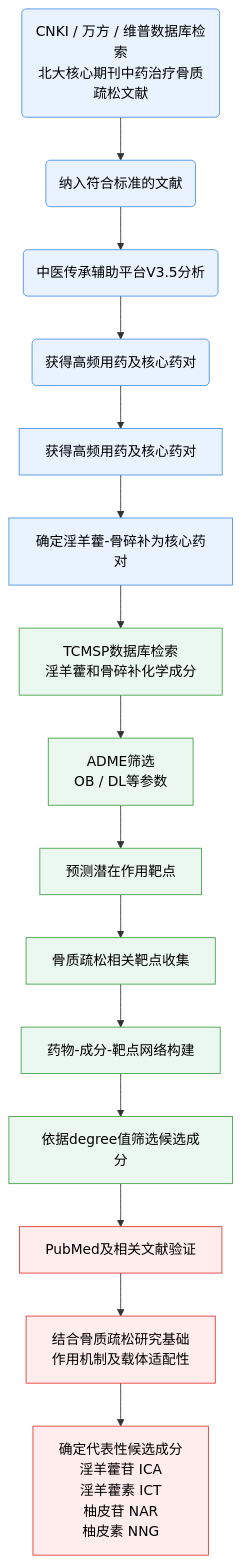
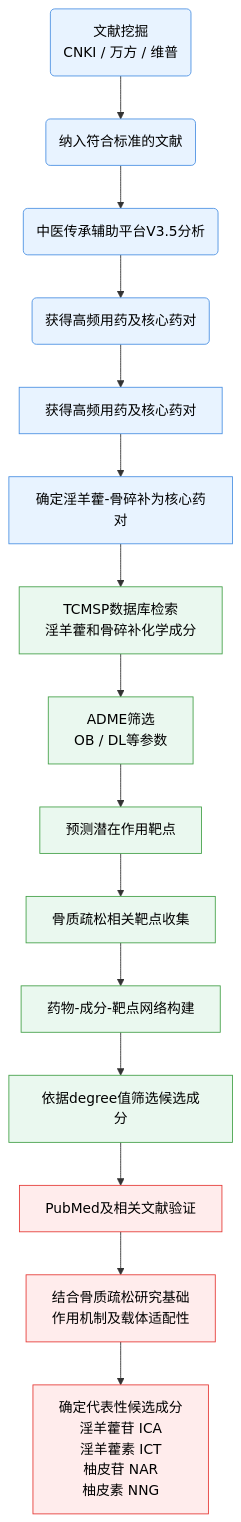
Before and after one commit to Yaotian99/iodraw-files: the diagram in all/未命名-1.md, drawn with Mermaid.

Commit message:
2026-06-24 08:57:20 update

````diff
--- a/all/未命名-1.md
+++ b/all/未命名-1.md
@@ -1,29 +1,29 @@
 ```mermaid
 graph TD
 
-A1(CNKI / 万方 / 维普数据库检索<br/>北大核心期刊中药治疗骨质疏松文献) --> A2(纳入符合标准的文献)
+A1(文献挖掘<br/>CNKI / 万方 / 维普) --> A2(纳入符合标准的文献)
 A2 --> A3(中医传承辅助平台V3.5分析)
 A3 --> A4(获得高频用药及核心药对)
 A4 --> A5[获得高频用药及核心药对]
 A5 --> A6[确定淫羊藿-骨碎补为核心药对]
 
 A6 --> B1[TCMSP数据库检索<br/>淫羊藿和骨碎补化学成分]
 B1 --> B2[ADME筛选<br/>OB / DL等参数]
 B2 --> B3[预测潜在作用靶点]
 B3 --> B4[骨质疏松相关靶点收集]
 B4 --> B5[药物-成分-靶点网络构建]
 B5 --> B6[依据degree值筛选候选成分]
 
 B6 --> C1[PubMed及相关文献验证]
 C1 --> C2[结合骨质疏松研究基础<br/>作用机制及载体适配性]
 C2 --> C3[确定代表性候选成分<br/>淫羊藿苷 ICA<br/>淫羊藿素 ICT<br/>柚皮苷 NAR<br/>柚皮素 NNG]
 
 classDef basis fill:#E8F3FF,stroke:#4A90E2,stroke-width:1px,color:#000;
 classDef network fill:#EAF8EF,stroke:#43A047,stroke-width:1px,color:#000;
 classDef result fill:#FFECEC,stroke:#E53935,stroke-width:1px,color:#000;
 
 class A1,A2,A3,A4,A5,A6 basis;
 class B1,B2,B3,B4,B5,B6 network;
 class C1,C2,C3 result;
   
 ```
````
